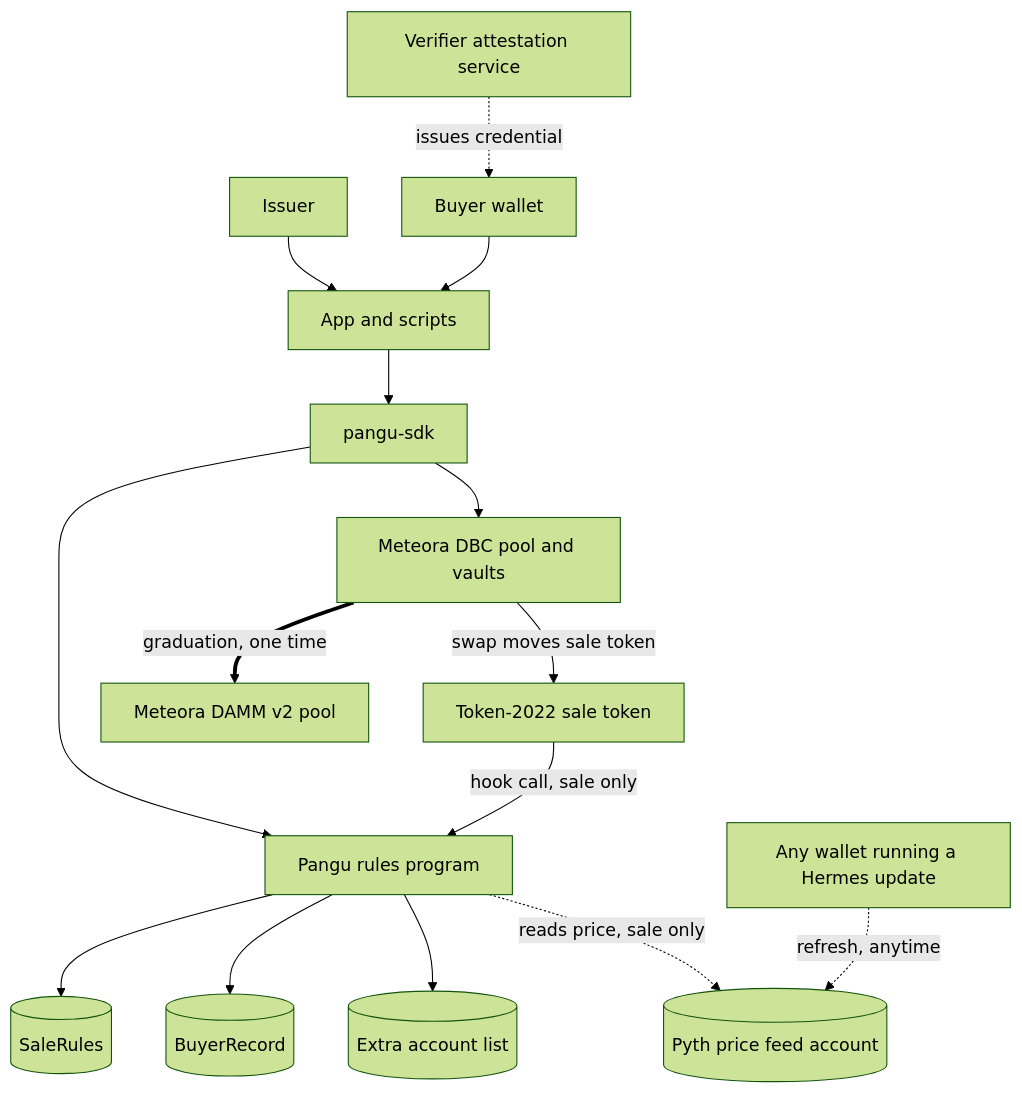
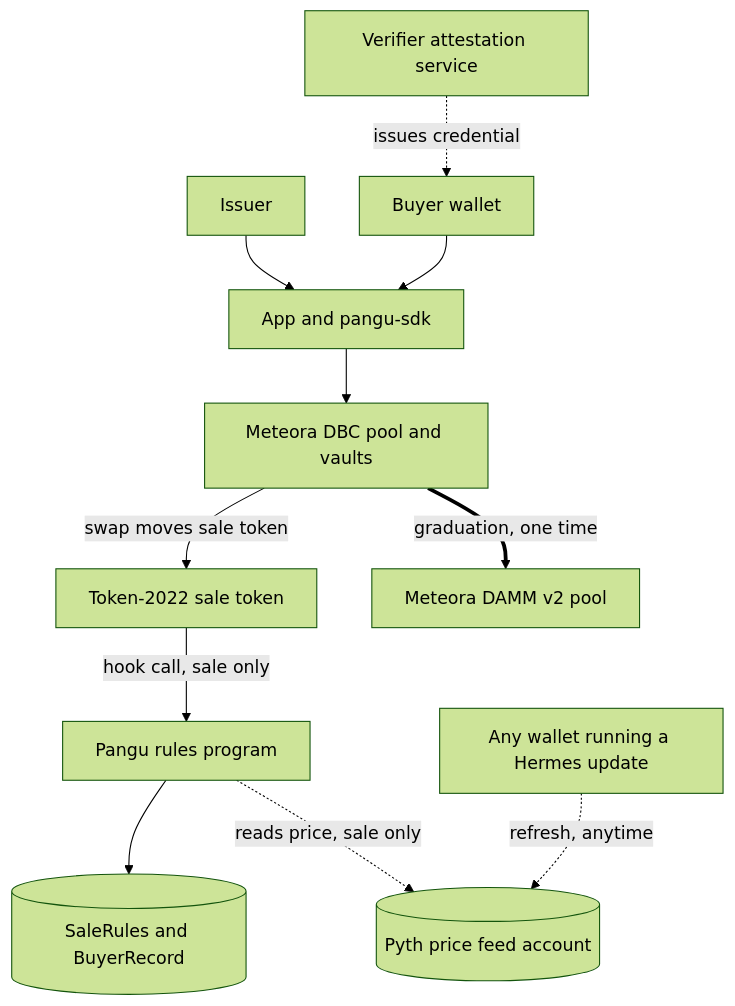
Before and after one commit to ramakrishnanhulk20/Pangu: the first of 3 diagrams in README.md, drawn with Mermaid (forest theme). The commit also changed other lines of this file and 4 other files, not shown here.

````diff
--- a/README.md
+++ b/README.md
@@ -94,32 +107,13 @@
 ```mermaid
 flowchart TB
-    Issuer[Issuer]
-    Buyer[Buyer wallet]
-    Verifier[Verifier attestation service]
-    App[App and scripts]
-    SDK[pangu-sdk]
-    T22[Token-2022 sale token]
-    DBC[Meteora DBC pool and vaults]
-    Pangu[Pangu rules program]
-    Rules[(SaleRules)]
-    Record[(BuyerRecord)]
-    ExtraList[(Extra account list)]
-    Pyth[(Pyth price feed account)]
-    Refresher[Any wallet running a Hermes update]
-    DAMM[Meteora DAMM v2 pool]
-
-    Issuer --> App
-    Buyer --> App
-    App --> SDK
-    SDK --> DBC
-    SDK --> Pangu
-    Verifier -. issues credential .-> Buyer
-    DBC -->|swap moves sale token| T22
-    T22 -->|hook call, sale only| Pangu
-    Pangu --> Rules
-    Pangu --> Record
-    Pangu --> ExtraList
-    Pangu -. reads price, sale only .-> Pyth
-    Refresher -. refresh, anytime .-> Pyth
-    DBC ==>|graduation, one time| DAMM
+    Issuer[Issuer] --> App[App and pangu-sdk]
+    Buyer[Buyer wallet] --> App
+    Verifier[Verifier attestation service] -. issues credential .-> Buyer
+    App --> DBC[Meteora DBC pool and vaults]
+    DBC -->|swap moves sale token| T22[Token-2022 sale token]
+    T22 -->|hook call, sale only| Pangu[Pangu rules program]
+    Pangu --> Rules[(SaleRules and BuyerRecord)]
+    Pangu -. reads price, sale only .-> Pyth[(Pyth price feed account)]
+    Refresher[Any wallet running a Hermes update] -. refresh, anytime .-> Pyth
+    DBC ==>|graduation, one time| DAMM[Meteora DAMM v2 pool]
 ```
````
